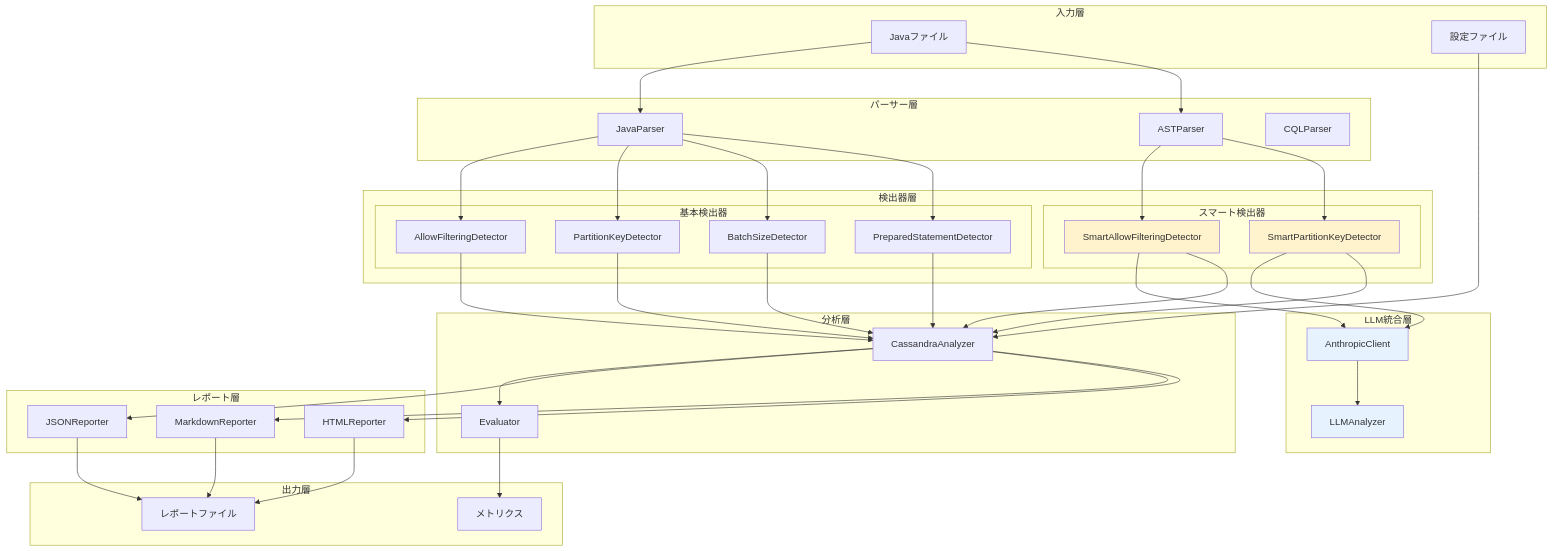
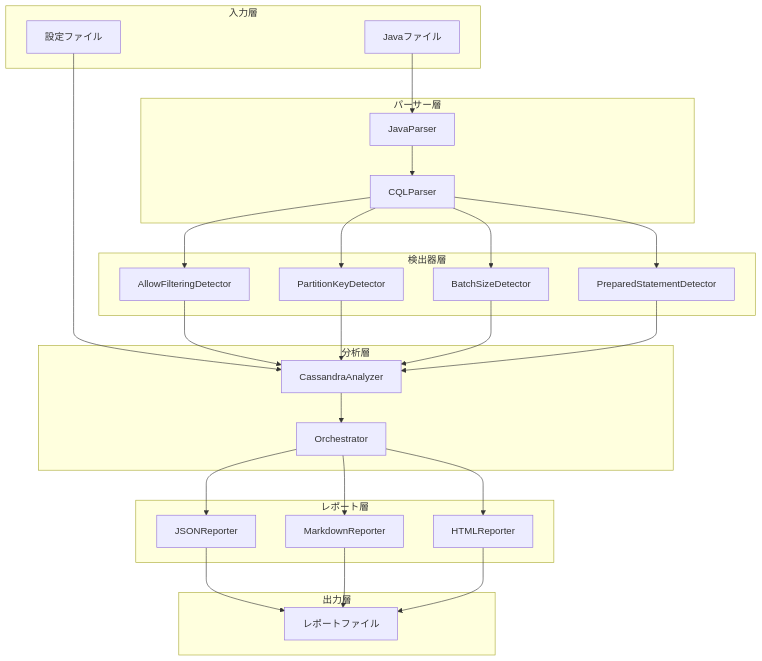
Before and after one commit to KEIEI-NET/4J_Claude: the second of 3 diagrams in phase1_cassandra/README_CASSANDRA.md, drawn with Mermaid. The commit also changed other lines of this file and 74 other files, not shown here.

````diff
--- a/phase1_cassandra/README_CASSANDRA.md
+++ b/phase1_cassandra/README_CASSANDRA.md
@@ -100,32 +94,19 @@
 
     subgraph "パーサー層"
         JavaParser[JavaParser]
-        ASTParser[ASTParser]
         CQLParser[CQLParser]
     end
 
     subgraph "検出器層"
-        subgraph "基本検出器"
-            AllowFiltering[AllowFilteringDetector]
-            PartitionKey[PartitionKeyDetector]
-            BatchSize[BatchSizeDetector]
-            PreparedStmt[PreparedStatementDetector]
-        end
-
-        subgraph "スマート検出器"
-            SmartAF[SmartAllowFilteringDetector]
-            SmartPK[SmartPartitionKeyDetector]
-        end
-    end
-
-    subgraph "LLM統合層"
-        AnthropicClient[AnthropicClient]
-        LLMAnalyzer[LLMAnalyzer]
+        AllowFiltering[AllowFilteringDetector]
+        PartitionKey[PartitionKeyDetector]
+        BatchSize[BatchSizeDetector]
+        PreparedStmt[PreparedStatementDetector]
     end
 
     subgraph "分析層"
         Analyzer[CassandraAnalyzer]
-        Evaluator[Evaluator]
+        Orchestrator[Orchestrator]
     end
 
     subgraph "レポート層"
@@ -136,44 +117,28 @@
 
     subgraph "出力層"
         Reports[レポートファイル]
-        Metrics[メトリクス]
     end
 
     JavaFiles --> JavaParser
-    JavaFiles --> ASTParser
     Config --> Analyzer
 
-    JavaParser --> AllowFiltering
-    JavaParser --> PartitionKey
-    JavaParser --> BatchSize
-    JavaParser --> PreparedStmt
-
-    ASTParser --> SmartAF
-    ASTParser --> SmartPK
-
-    SmartAF --> AnthropicClient
-    SmartPK --> AnthropicClient
-    AnthropicClient --> LLMAnalyzer
+    JavaParser --> CQLParser
+    CQLParser --> AllowFiltering
+    CQLParser --> PartitionKey
+    CQLParser --> BatchSize
+    CQLParser --> PreparedStmt
 
     AllowFiltering --> Analyzer
     PartitionKey --> Analyzer
     BatchSize --> Analyzer
     PreparedStmt --> Analyzer
-    SmartAF --> Analyzer
-    SmartPK --> Analyzer
 
-    Analyzer --> Evaluator
-    Analyzer --> JSONReporter
-    Analyzer --> MarkdownReporter
-    Analyzer --> HTMLReporter
+    Analyzer --> Orchestrator
+    Orchestrator --> JSONReporter
+    Orchestrator --> MarkdownReporter
+    Orchestrator --> HTMLReporter
 
     JSONReporter --> Reports
     MarkdownReporter --> Reports
     HTMLReporter --> Reports
-    Evaluator --> Metrics
-
-    style AnthropicClient fill:#e6f3ff
-    style LLMAnalyzer fill:#e6f3ff
-    style SmartAF fill:#fff3cd
-    style SmartPK fill:#fff3cd
 ```
````
